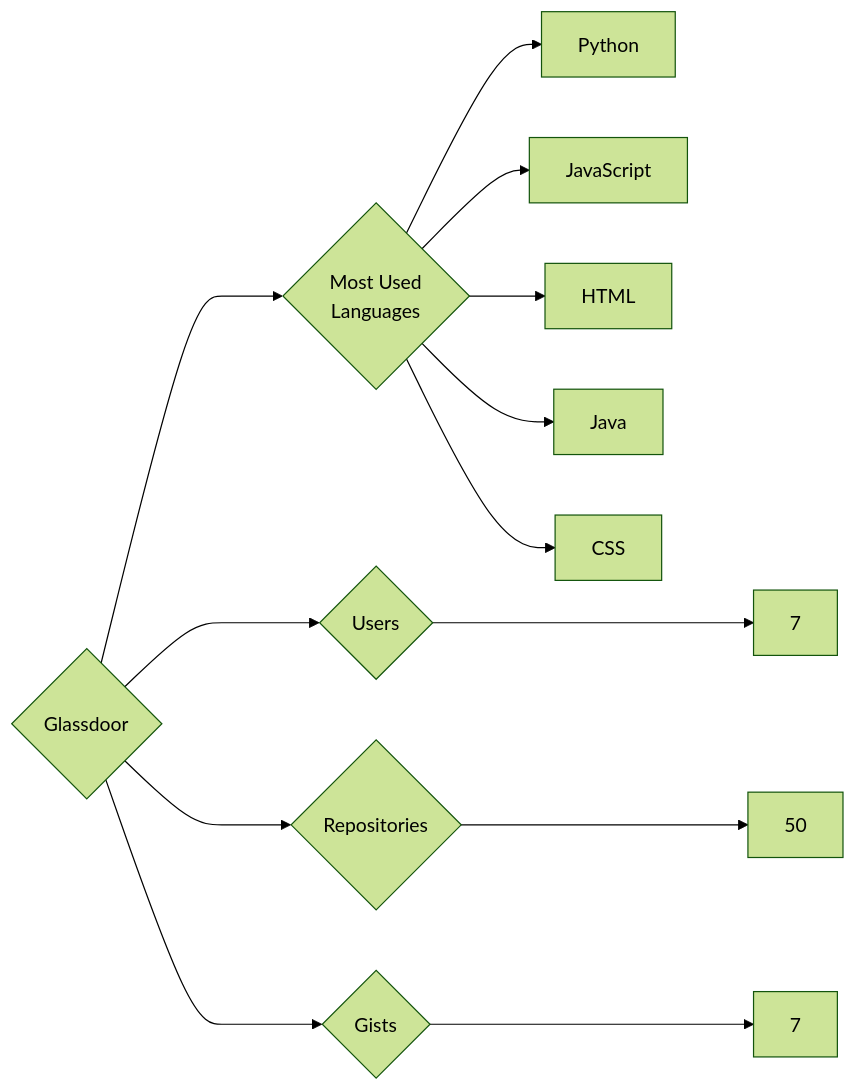
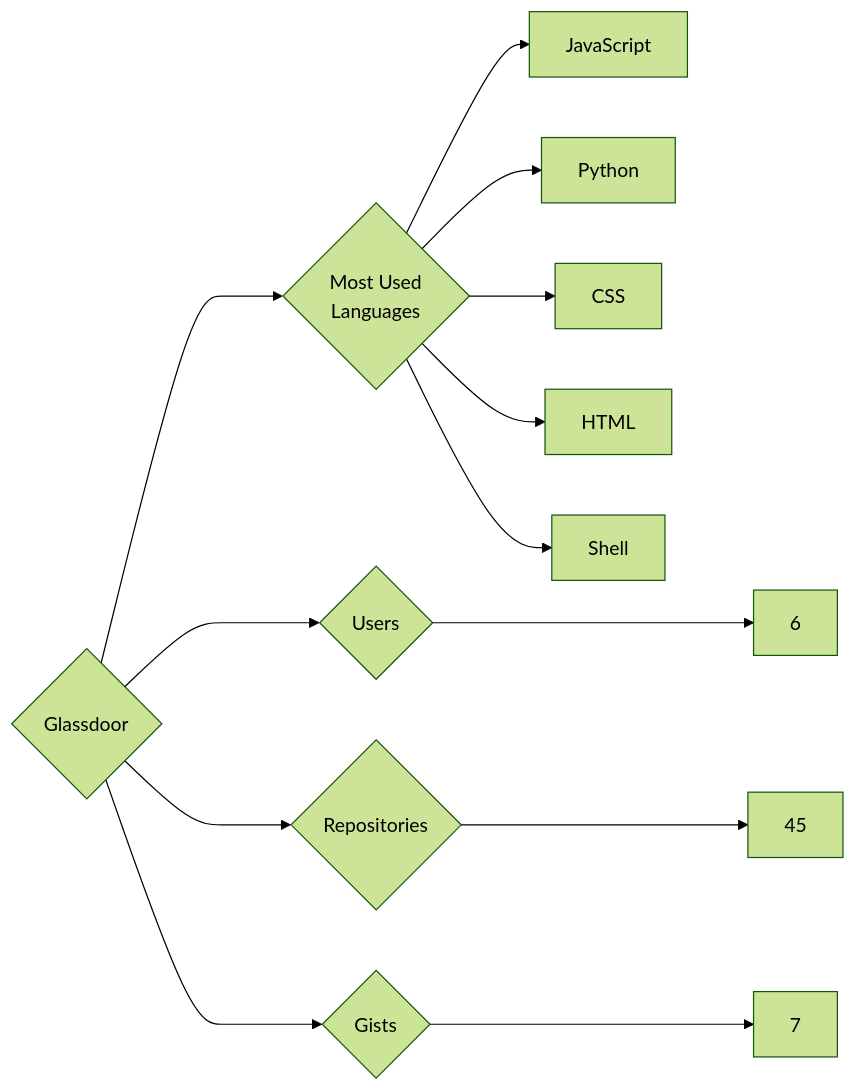
Before and after one commit to trickest/insiders: the diagram in targets/Glassdoor/README.md, drawn with Mermaid (forest theme). The commit also changed 838 other files, not shown here.

````diff
--- a/targets/Glassdoor/README.md
+++ b/targets/Glassdoor/README.md
@@ -3,13 +3,13 @@
 ```mermaid
 graph LR
 COMPANY_NAME{Glassdoor}
-COMPANY_NAME ---> U{Users} ---> UN[7]
-COMPANY_NAME ---> R{Repositories} ---> RN[50]
+COMPANY_NAME ---> U{Users} ---> UN[6]
+COMPANY_NAME ---> R{Repositories} ---> RN[45]
 COMPANY_NAME ---> G{Gists} ---> GN[7]
 COMPANY_NAME ---> ML{Most Used<br>Languages}
+ML --> JavaScript[JavaScript]
 ML --> Python[Python]
-ML --> JavaScript[JavaScript]
+ML --> CSS[CSS]
 ML --> HTML[HTML]
-ML --> Java[Java]
-ML --> CSS[CSS]
+ML --> Shell[Shell]
 ```
````
